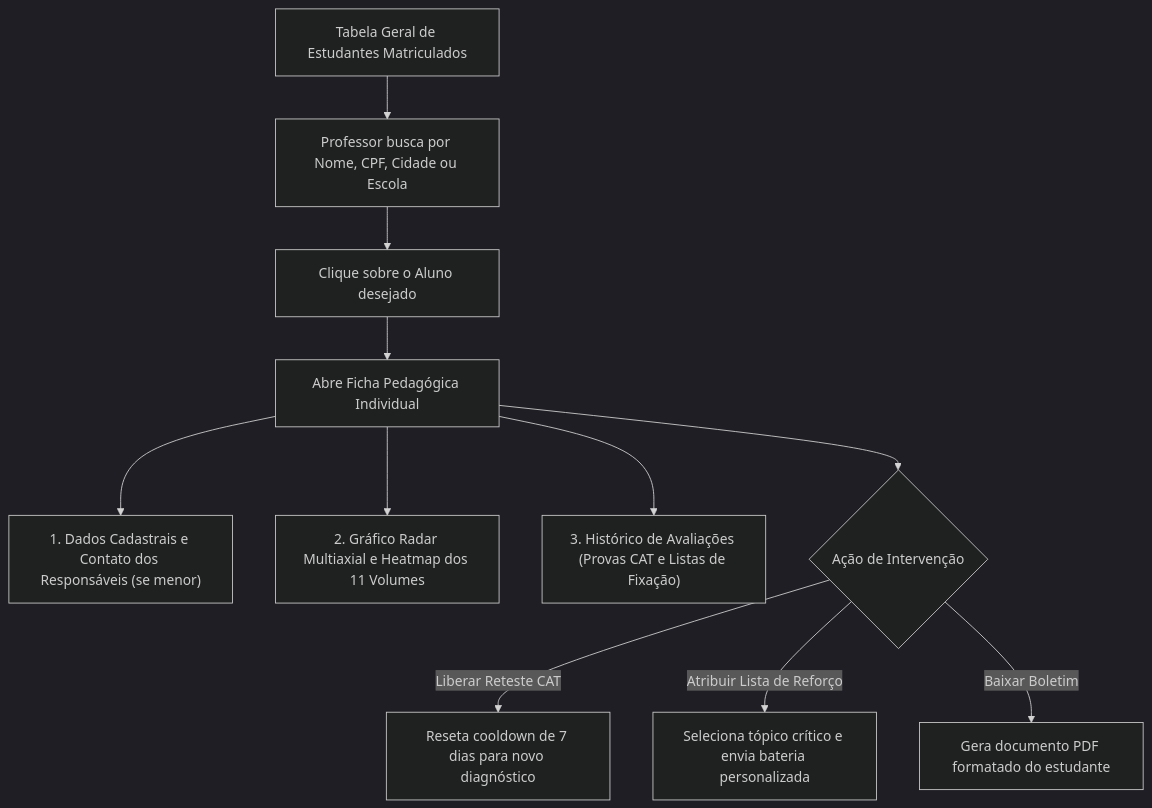
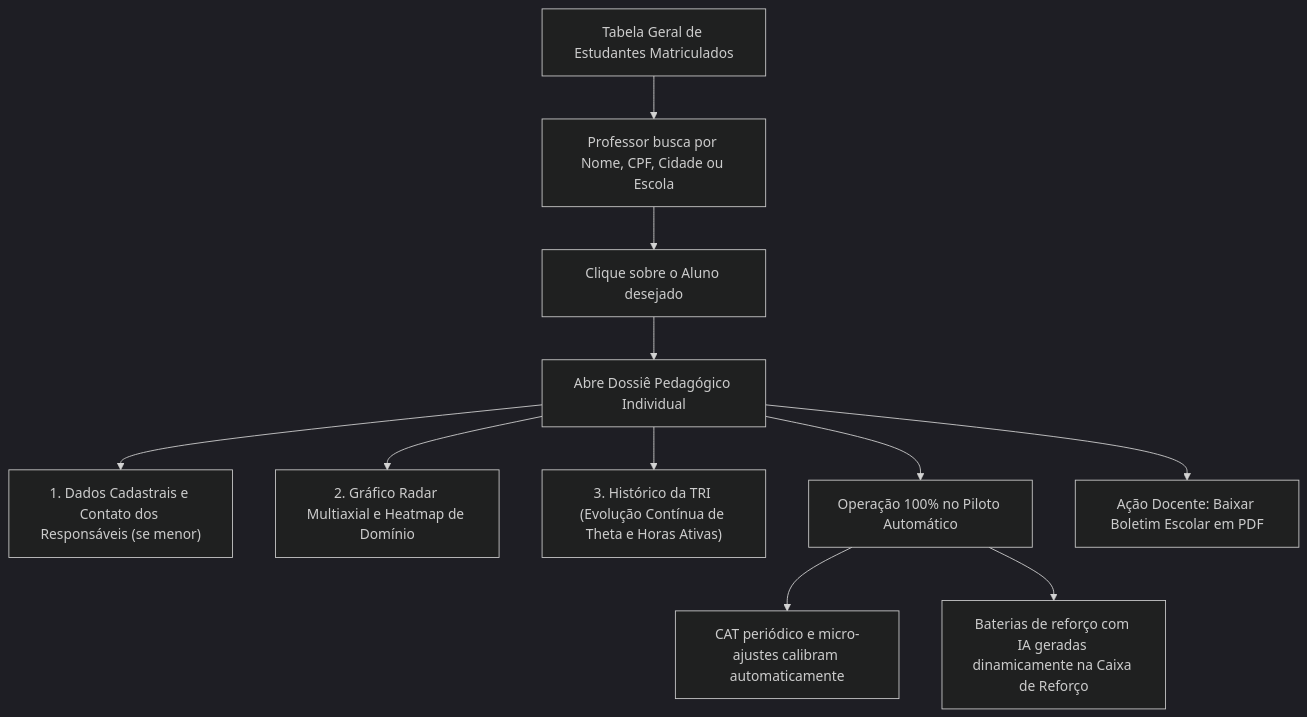
The diagram in docs/modules/painel-professor/flow/gestao-alunos.md (SiadeLucas/Tutor-Inteligente), drawn with Mermaid (dark theme) before and after one commit. The commit also changed other lines of this file and 8 other files, not shown here.

````diff
--- a/docs/modules/painel-professor/flow/gestao-alunos.md
+++ b/docs/modules/painel-professor/flow/gestao-alunos.md
@@ -15,15 +15,16 @@
 ```mermaid
 flowchart TD
     A["Tabela Geral de Estudantes Matriculados"] --> B["Professor busca por Nome, CPF, Cidade ou Escola"]
     B --> C["Clique sobre o Aluno desejado"]
     
-    C --> D["Abre Ficha Pedagógica Individual"]
+    C --> D["Abre Dossiê Pedagógico Individual"]
     D --> E["1. Dados Cadastrais e Contato dos Responsáveis (se menor)"]
-    D --> F["2. Gráfico Radar Multiaxial e Heatmap dos 11 Volumes"]
-    D --> G["3. Histórico de Avaliações (Provas CAT e Listas de Fixação)"]
+    D --> F["2. Gráfico Radar Multiaxial e Heatmap de Domínio"]
+    D --> G["3. Histórico da TRI (Evolução Contínua de Theta e Horas Ativas)"]
     
-    D --> H{"Ação de Intervenção"}
-    H -->|"Liberar Reteste CAT"| I["Reseta cooldown de 7 dias para novo diagnóstico"]
-    H -->|"Atribuir Lista de Reforço"| J["Seleciona tópico crítico e envia bateria personalizada"]
-    H -->|"Baixar Boletim"| K["Gera documento PDF formatado do estudante"]
+    D --> H["Operação 100% no Piloto Automático"]
+    H --> I["CAT periódico e micro-ajustes calibram automaticamente"]
+    H --> J["Baterias de reforço com IA geradas dinamicamente na Caixa de Reforço"]
+    
+    D --> K["Ação Docente: Baixar Boletim Escolar em PDF"]
 ```
````
